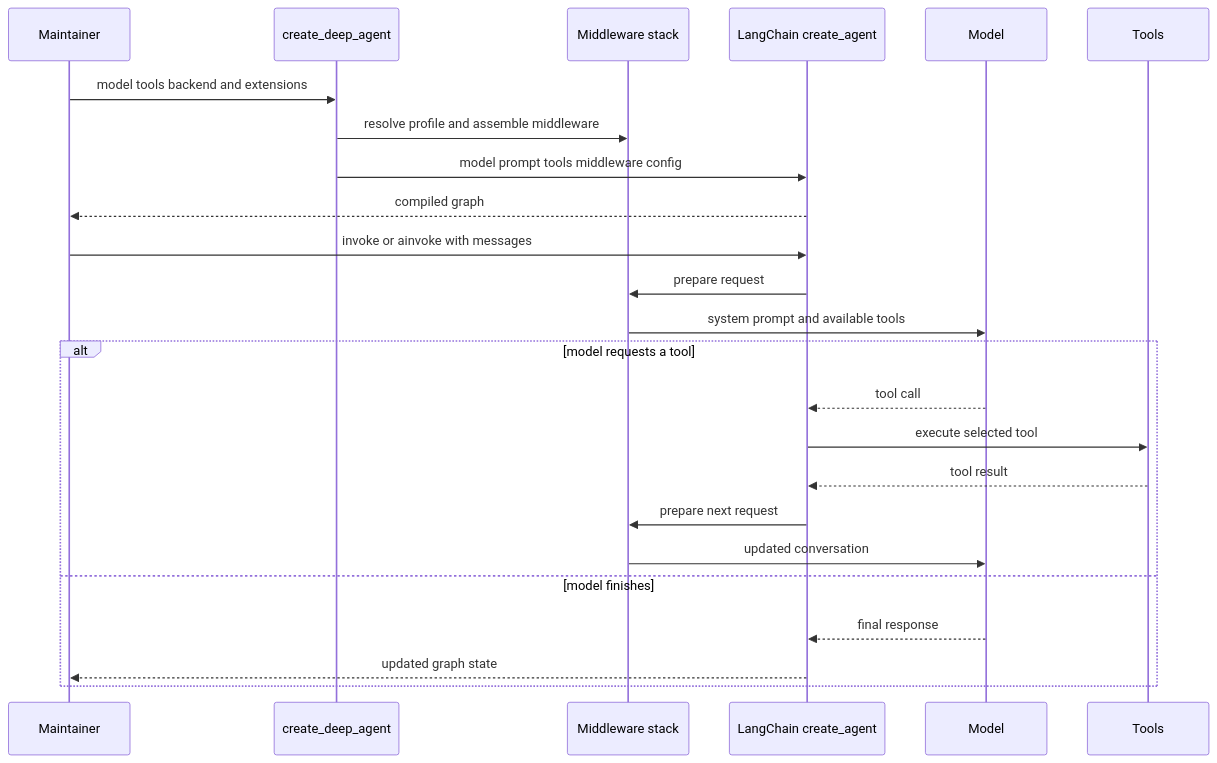
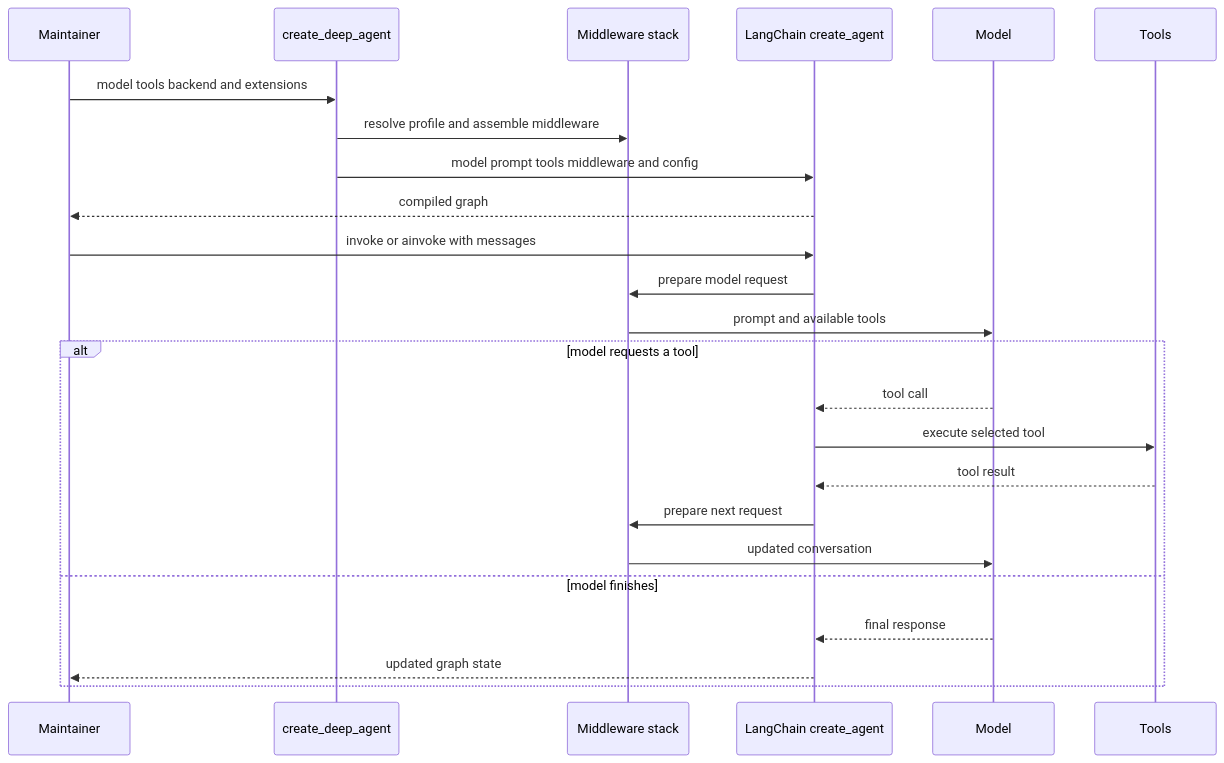
Before and after one commit to langchain-ai/deepagents: the diagram in openwiki/workflows/build-a-deep-agent.md, drawn with Mermaid. The commit also changed other lines of this file and 55 other files, not shown here.

````diff
--- a/openwiki/workflows/build-a-deep-agent.md
+++ b/openwiki/workflows/build-a-deep-agent.md
@@ -66,26 +66,26 @@
 ```mermaid
 sequenceDiagram
     participant Maintainer
     participant Builder as create_deep_agent
     participant Stack as Middleware stack
     participant Graph as LangChain create_agent
     participant Model
     participant Tools
     Maintainer->>Builder: model tools backend and extensions
     Builder->>Stack: resolve profile and assemble middleware
-    Builder->>Graph: model prompt tools middleware config
+    Builder->>Graph: model prompt tools middleware and config
     Graph-->>Maintainer: compiled graph
     Maintainer->>Graph: invoke or ainvoke with messages
-    Graph->>Stack: prepare request
-    Stack->>Model: system prompt and available tools
+    Graph->>Stack: prepare model request
+    Stack->>Model: prompt and available tools
     alt model requests a tool
         Model-->>Graph: tool call
         Graph->>Tools: execute selected tool
         Tools-->>Graph: tool result
         Graph->>Stack: prepare next request
         Stack->>Model: updated conversation
     else model finishes
         Model-->>Graph: final response
         Graph-->>Maintainer: updated graph state
     end
 ```
````
